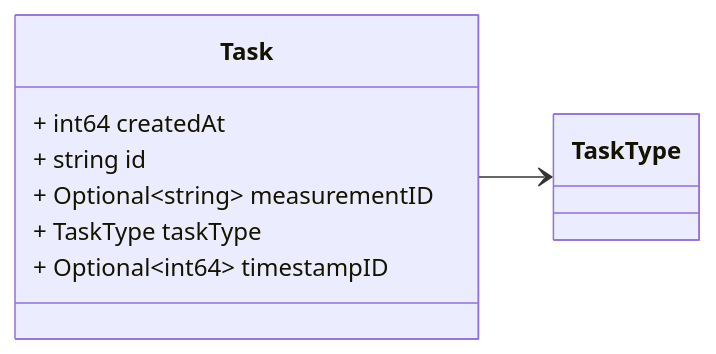
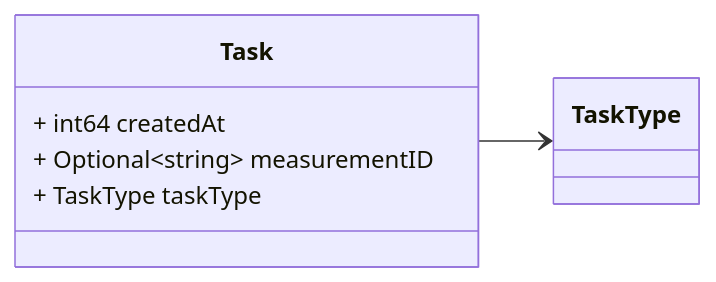
One commit to zaphiro-technologies/protobuf changed the third of 4 diagrams in docs/task.proto.md. Above: the diagram before and after it, drawn with Mermaid. The commit also changed other lines of this file and 7 other files, not shown here.

````diff
--- a/docs/task.proto.md
+++ b/docs/task.proto.md
@@ -83,16 +83,14 @@
 ```mermaid
 classDiagram
 direction LR
 
-%% A task message.
+%% A task message. Headers used in rabbitMQ: * `id`: id of the `Task` * `type`: always `Task` * `producerId`: the id of the producer (e.g. a PMU) linked to the notification. * `timestampId`: related measurement timestamp (if any) * `taskType`: The textual representation of the task type.
 
 class Task {
   + int64 createdAt
-  + string id
   + Optional~string~ measurementID
   + TaskType taskType
-  + Optional~int64~ timestampID
 }
 Task --> `TaskType`
 
 ```
````
